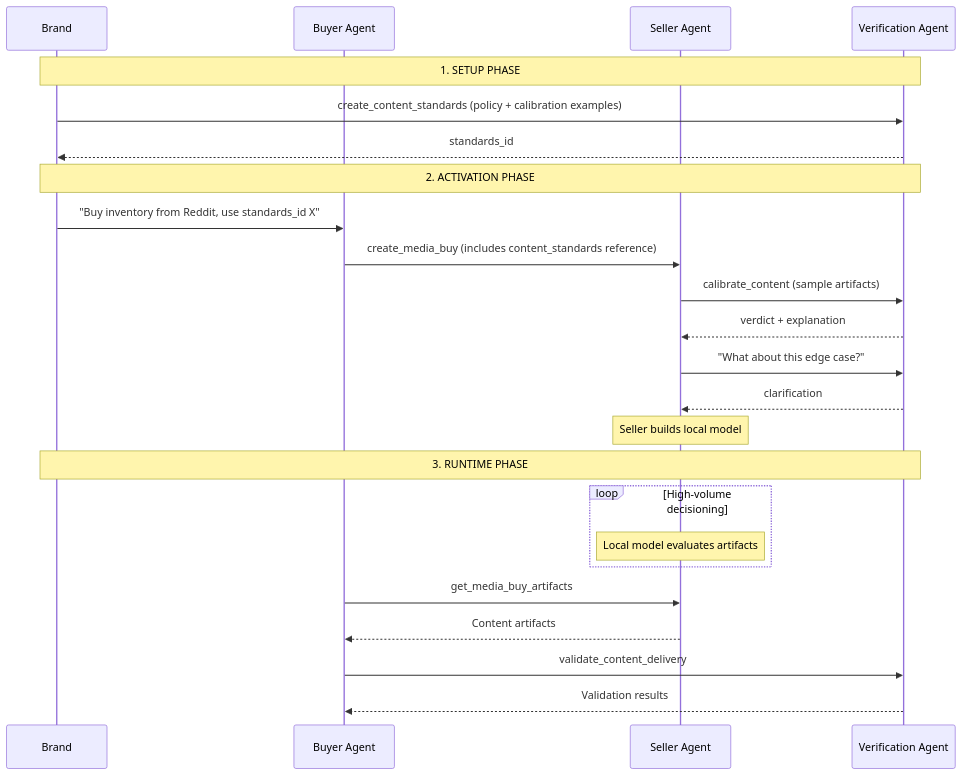
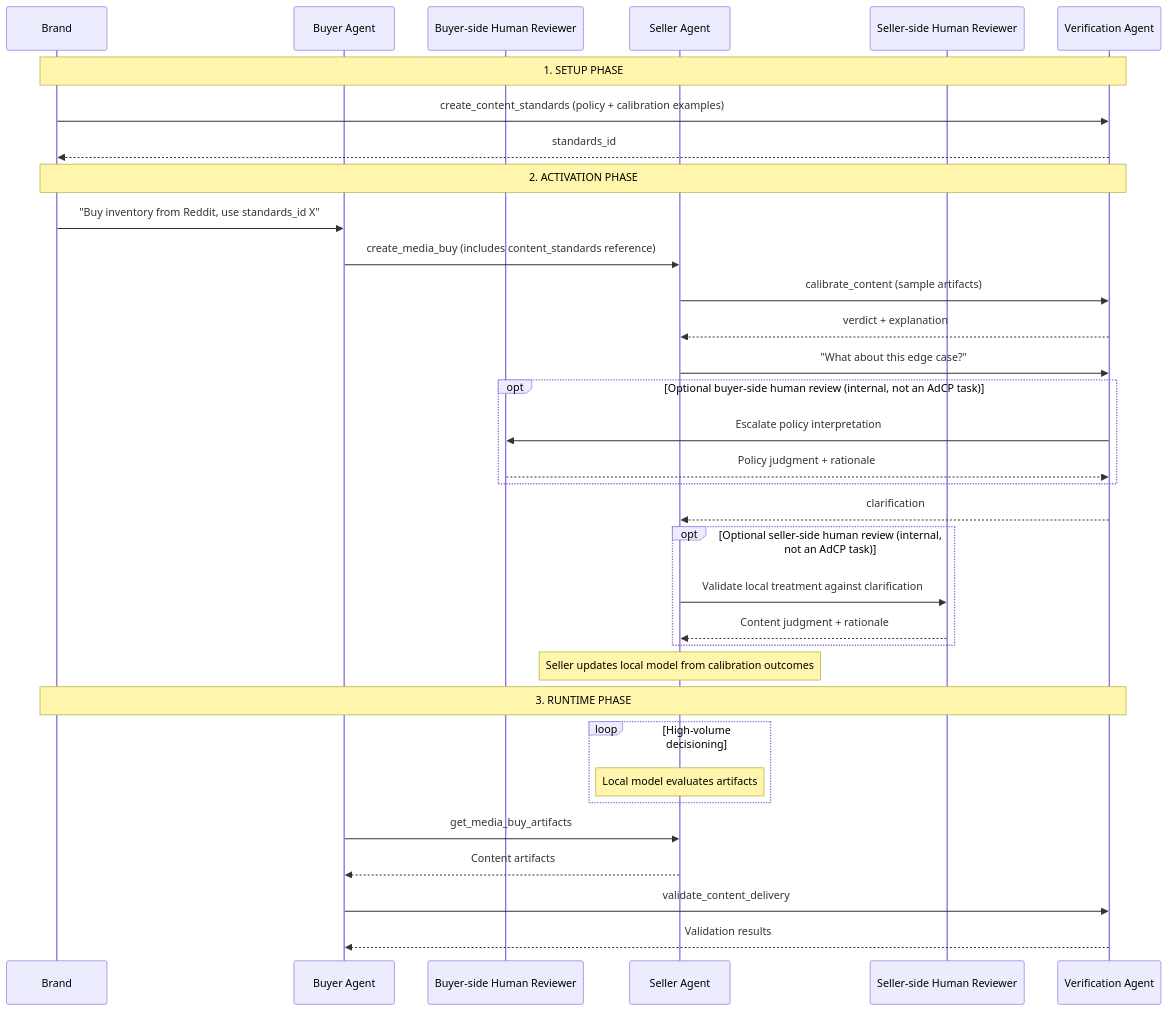
One commit to adcontextprotocol/adcp changed the first of 2 diagrams in docs/governance/content-standards/index.mdx. Above: the diagram before and after it, drawn with Mermaid.

Commit message:
docs(governance): show human review in content calibration

````diff
--- a/docs/governance/content-standards/index.mdx
+++ b/docs/governance/content-standards/index.mdx
@@ -60,31 +60,41 @@
 ```mermaid
 sequenceDiagram
     participant Brand
     participant Buyer as Buyer Agent
+    participant BuyerReviewer as Buyer-side Human Reviewer
     participant Seller as Seller Agent
+    participant SellerReviewer as Seller-side Human Reviewer
     participant Verifier as Verification Agent
 
     Note over Brand,Verifier: 1. SETUP PHASE
     Brand->>Verifier: create_content_standards (policy + calibration examples)
     Verifier-->>Brand: standards_id
 
     Note over Brand,Verifier: 2. ACTIVATION PHASE
     Brand->>Buyer: "Buy inventory from Reddit, use standards_id X"
     Buyer->>Seller: create_media_buy (includes content_standards reference)
 
     Seller->>Verifier: calibrate_content (sample artifacts)
     Verifier-->>Seller: verdict + explanation
     Seller->>Verifier: "What about this edge case?"
+    opt Optional buyer-side human review (internal, not an AdCP task)
+        Verifier->>BuyerReviewer: Escalate policy interpretation
+        BuyerReviewer-->>Verifier: Policy judgment + rationale
+    end
     Verifier-->>Seller: clarification
-    Note over Seller: Seller builds local model
+    opt Optional seller-side human review (internal, not an AdCP task)
+        Seller->>SellerReviewer: Validate local treatment against clarification
+        SellerReviewer-->>Seller: Content judgment + rationale
+    end
+    Note over Seller: Seller updates local model from calibration outcomes
 
     Note over Brand,Verifier: 3. RUNTIME PHASE
     loop High-volume decisioning
         Note over Seller: Local model evaluates artifacts
     end
 
     Buyer->>Seller: get_media_buy_artifacts
     Seller-->>Buyer: Content artifacts
     Buyer->>Verifier: validate_content_delivery
     Verifier-->>Buyer: Validation results
 ```
````
